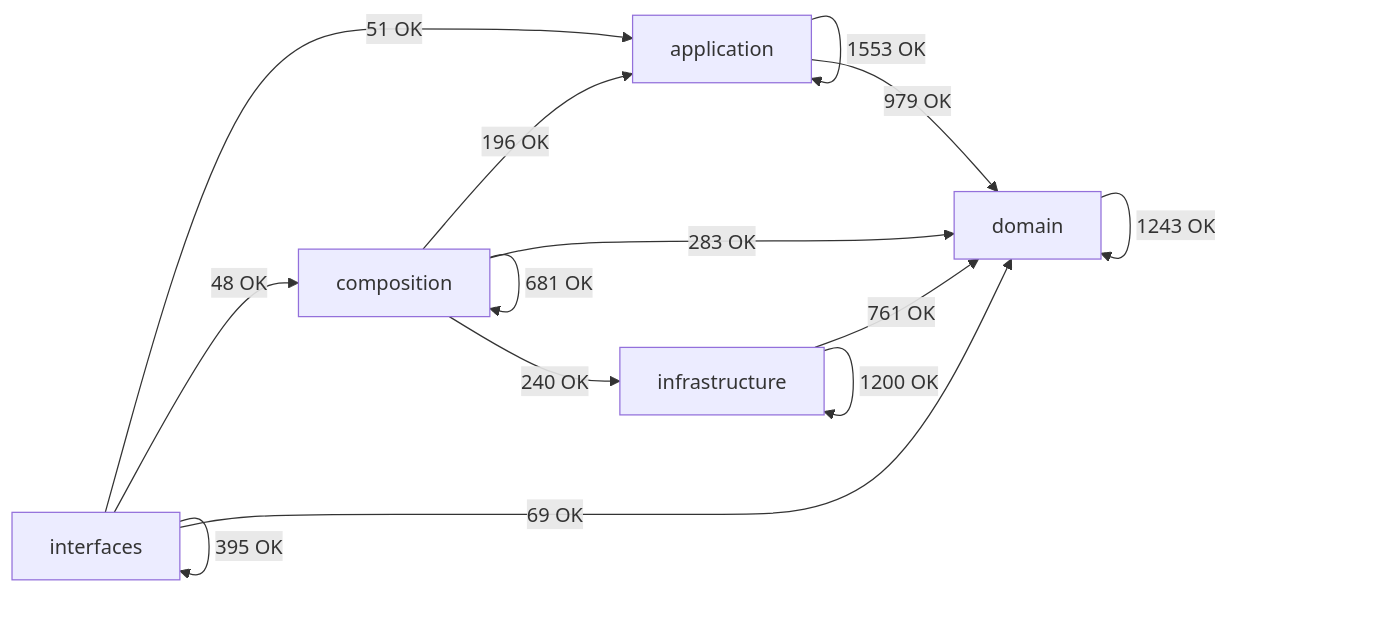
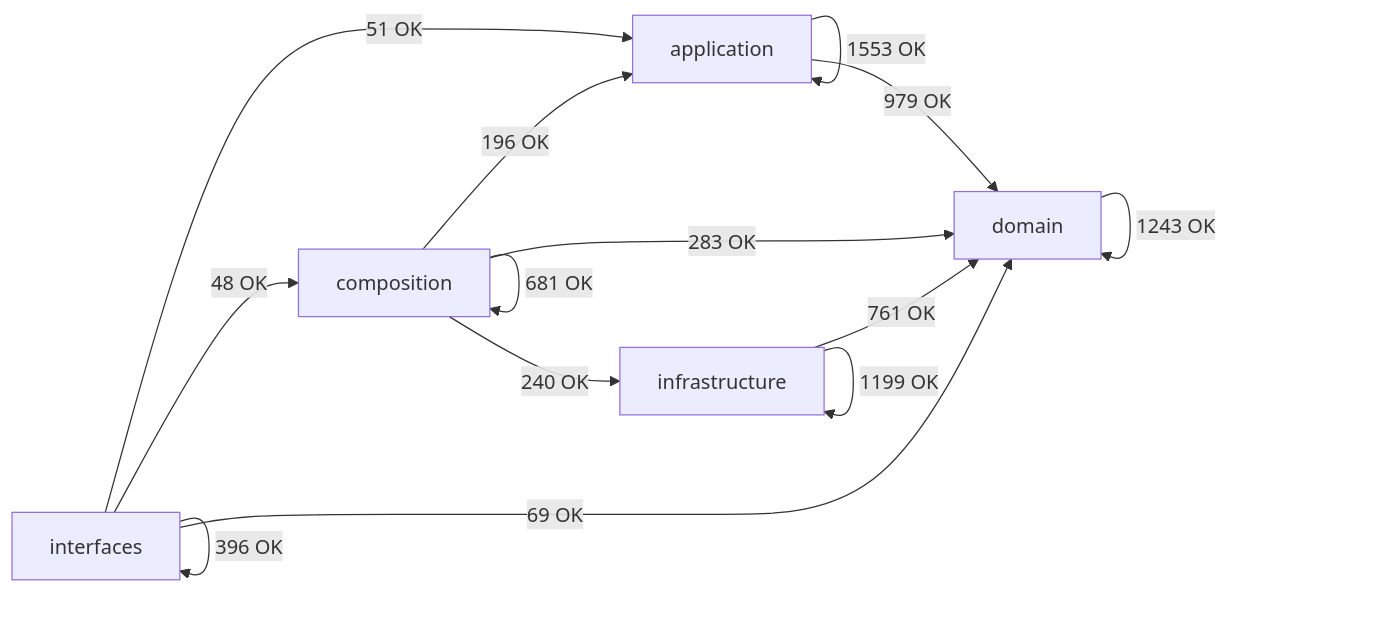
One commit to SatoryKono/BioactivityDataAcquisition changed the diagram in docs/02-architecture/generated/module-dependency-map.md. Above: the diagram before and after it, drawn with Mermaid. The commit also changed other lines of this file and 35 other files, not shown here.

````diff
--- a/docs/02-architecture/generated/module-dependency-map.md
+++ b/docs/02-architecture/generated/module-dependency-map.md
@@ -17,21 +17,21 @@
 ```mermaid
 flowchart LR
     domain[domain]
     application[application]
     infrastructure[infrastructure]
     composition[composition]
     interfaces[interfaces]
     application -->|1553 OK| application
     application -->|979 OK| domain
     composition -->|196 OK| application
     composition -->|681 OK| composition
     composition -->|283 OK| domain
     composition -->|240 OK| infrastructure
     domain -->|1243 OK| domain
     infrastructure -->|761 OK| domain
-    infrastructure -->|1200 OK| infrastructure
+    infrastructure -->|1199 OK| infrastructure
     interfaces -->|51 OK| application
     interfaces -->|48 OK| composition
     interfaces -->|69 OK| domain
-    interfaces -->|395 OK| interfaces
+    interfaces -->|396 OK| interfaces
 ```
````
